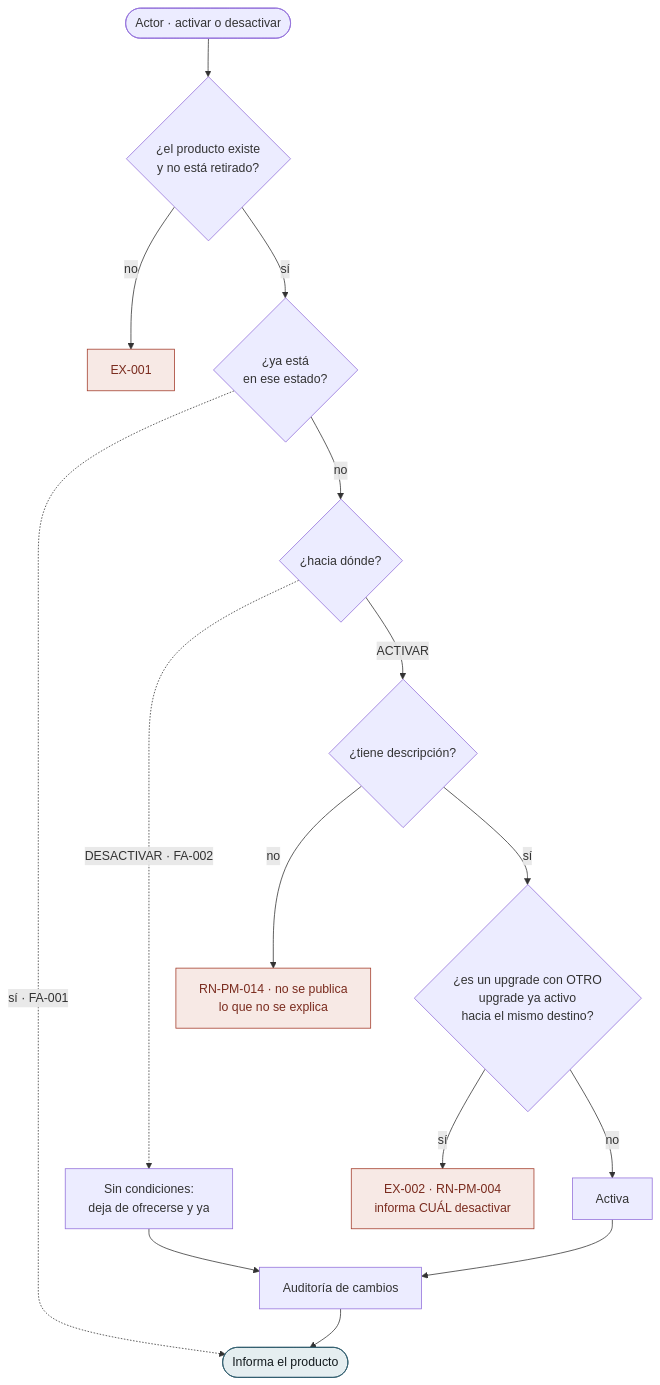
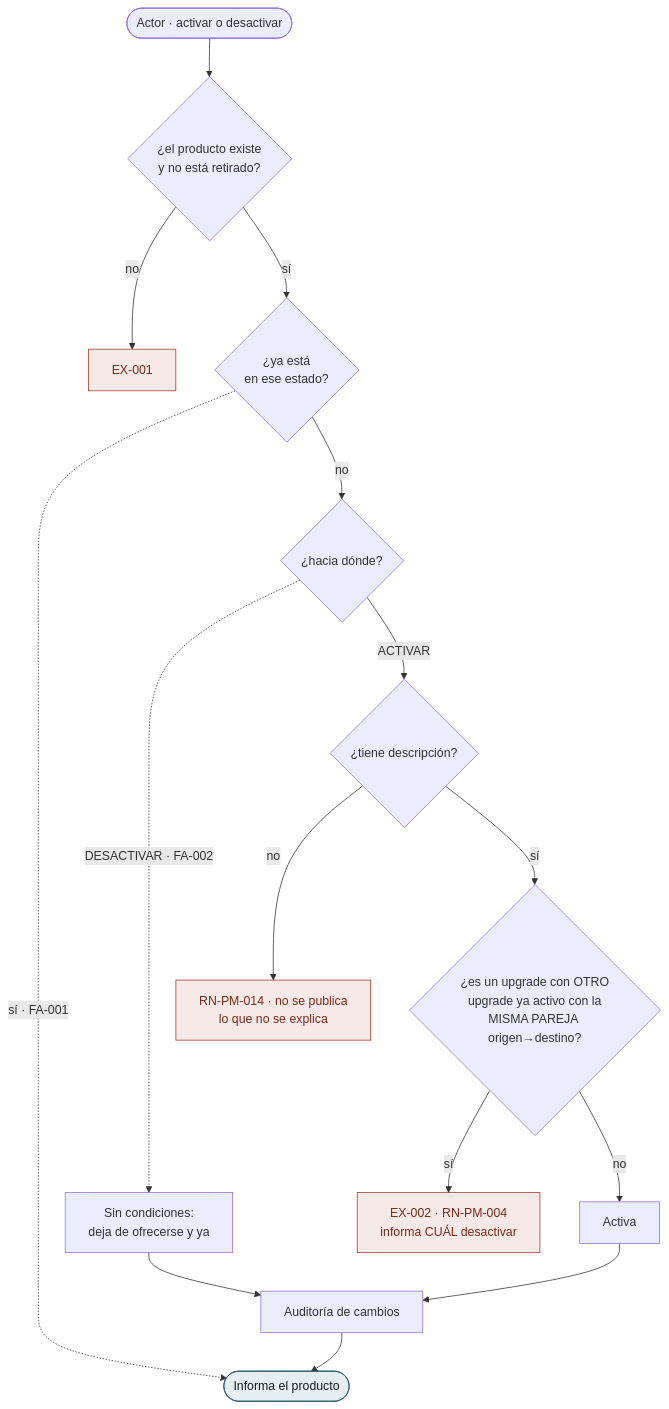
Before and after one commit to NexusPro-Dev/backend: the third of 7 diagrams in docs/flujos/pm/flujos-por-caso.md, drawn with Mermaid. The commit also changed other lines of this file and 53 other files, not shown here.

````diff
--- a/docs/flujos/pm/flujos-por-caso.md
+++ b/docs/flujos/pm/flujos-por-caso.md
@@ -112,24 +118,24 @@
 ```mermaid
 flowchart TD
     A(["Actor · activar o desactivar"])
     A --> V1{"¿el producto existe<br/>y no está retirado?"}
     V1 -->|no| E1["EX-001"]
     V1 -->|sí| D0{"¿ya está<br/>en ese estado?"}
     D0 -.->|"sí · FA-001"| FIN
     D0 -->|no| D1{"¿hacia dónde?"}
 
     D1 -.->|"DESACTIVAR · FA-002"| P2["Sin condiciones:<br/>deja de ofrecerse y ya"]
     D1 -->|ACTIVAR| V2{"¿tiene descripción?"}
     V2 -->|no| E0["RN-PM-014 · no se publica<br/>lo que no se explica"]
-    V2 -->|sí| V3{"¿es un upgrade con OTRO<br/>upgrade ya activo<br/>hacia el mismo destino?"}
+    V2 -->|sí| V3{"¿es un upgrade con OTRO<br/>upgrade ya activo con la<br/>MISMA PAREJA origen→destino?"}
     V3 -->|sí| E2["EX-002 · RN-PM-004<br/>informa CUÁL desactivar"]
     V3 -->|no| P1["Activa"]
     P1 --> P3["Auditoría de cambios"]
     P2 --> P3
     P3 --> FIN(["Informa el producto"])
 
     classDef ex fill:#F7E9E5,stroke:#A33B2A,color:#7A2B1E
     classDef ok fill:#E5EEF0,stroke:#2D5A6B,color:#141B1E
     class E0,E1,E2 ex
     class FIN ok
 ```
````
